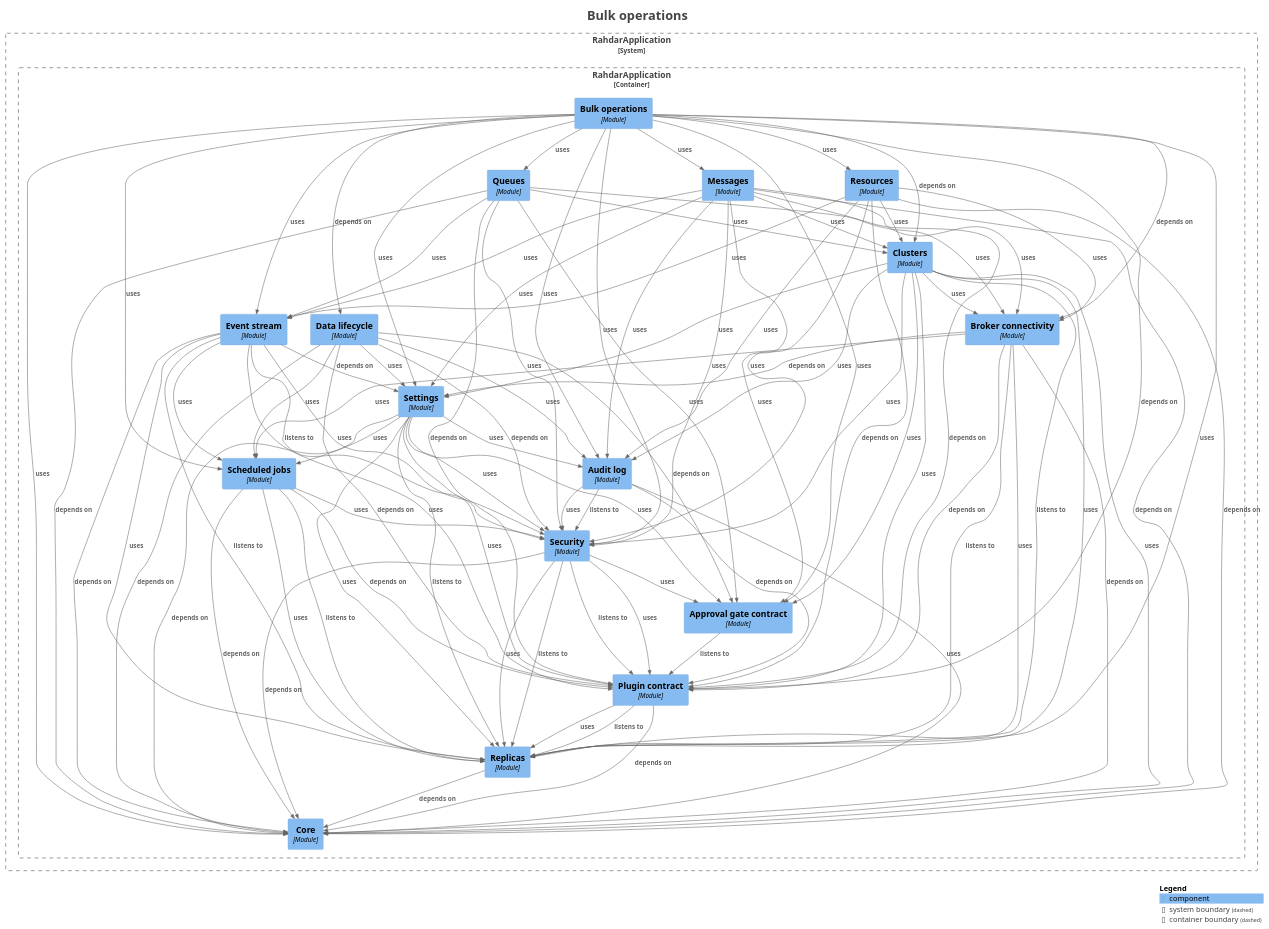
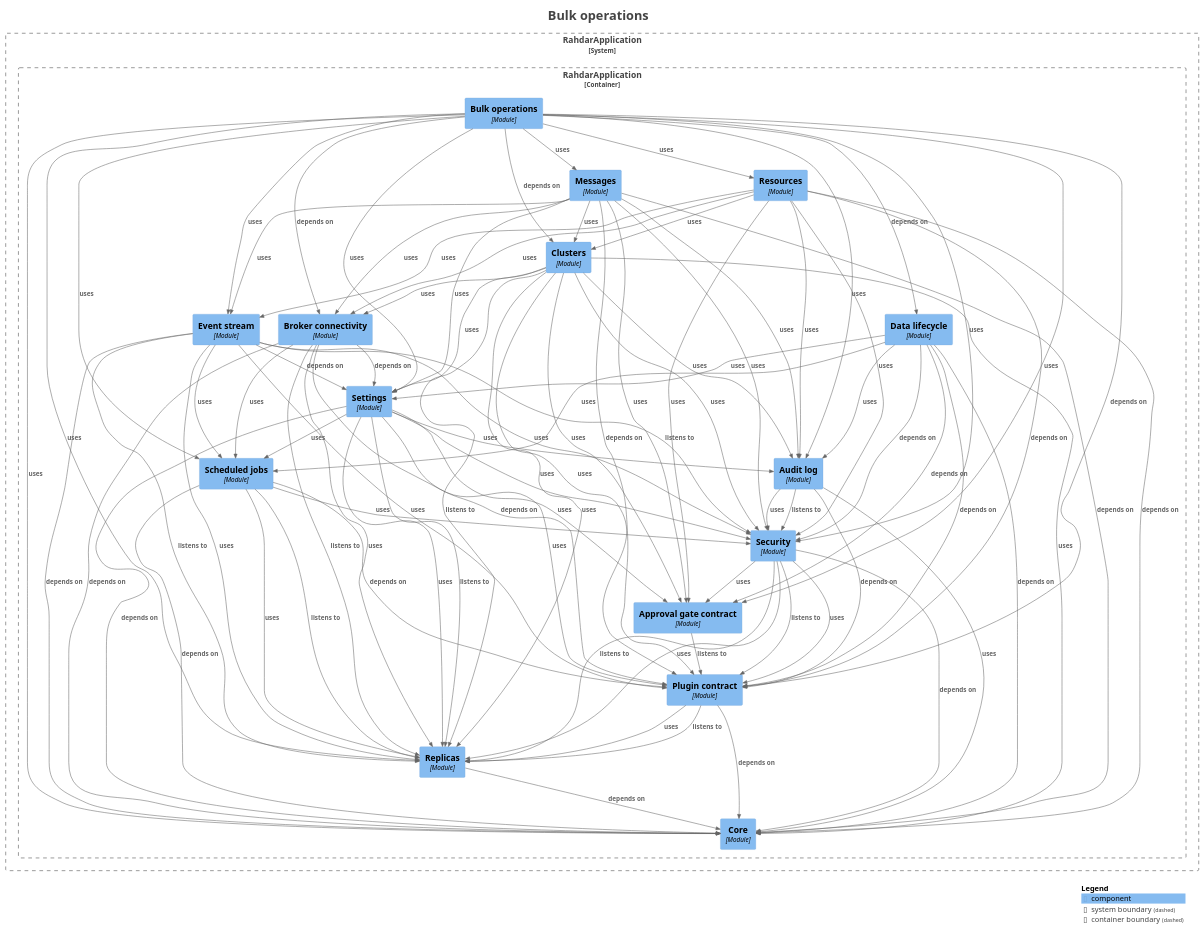
Before and after one commit to sudoitir/rahdar: the diagram in docs/modules/module-feature.bulk.puml, drawn with PlantUML. The commit also changed 130 other files, not shown here.

```diff
--- a/docs/modules/module-feature.bulk.puml
+++ b/docs/modules/module-feature.bulk.puml
@@ -27,7 +27,6 @@
     Component(RahdarApplication.RahdarApplication.Eventstream, "Event stream", $techn="Module", $descr="", $tags="", $link="")
     Component(RahdarApplication.RahdarApplication.Messages, "Messages", $techn="Module", $descr="", $tags="", $link="")
     Component(RahdarApplication.RahdarApplication.Plugincontract, "Plugin contract", $techn="Module", $descr="", $tags="", $link="")
-    Component(RahdarApplication.RahdarApplication.Queues, "Queues", $techn="Module", $descr="", $tags="", $link="")
     Component(RahdarApplication.RahdarApplication.Replicas, "Replicas", $techn="Module", $descr="", $tags="", $link="")
     Component(RahdarApplication.RahdarApplication.Resources, "Resources", $techn="Module", $descr="", $tags="", $link="")
     Component(RahdarApplication.RahdarApplication.Scheduledjobs, "Scheduled jobs", $techn="Module", $descr="", $tags="", $link="")
@@ -57,7 +56,6 @@
 Rel(RahdarApplication.RahdarApplication.Bulkoperations, RahdarApplication.RahdarApplication.Eventstream, "uses", $techn="", $tags="", $link="")
 Rel(RahdarApplication.RahdarApplication.Bulkoperations, RahdarApplication.RahdarApplication.Messages, "uses", $techn="", $tags="", $link="")
 Rel(RahdarApplication.RahdarApplication.Bulkoperations, RahdarApplication.RahdarApplication.Plugincontract, "depends on", $techn="", $tags="", $link="")
-Rel(RahdarApplication.RahdarApplication.Bulkoperations, RahdarApplication.RahdarApplication.Queues, "uses", $techn="", $tags="", $link="")
 Rel(RahdarApplication.RahdarApplication.Bulkoperations, RahdarApplication.RahdarApplication.Replicas, "uses", $techn="", $tags="", $link="")
 Rel(RahdarApplication.RahdarApplication.Bulkoperations, RahdarApplication.RahdarApplication.Resources, "uses", $techn="", $tags="", $link="")
 Rel(RahdarApplication.RahdarApplication.Bulkoperations, RahdarApplication.RahdarApplication.Scheduledjobs, "uses", $techn="", $tags="", $link="")
@@ -99,14 +97,8 @@
 Rel(RahdarApplication.RahdarApplication.Plugincontract, RahdarApplication.RahdarApplication.Core, "depends on", $techn="", $tags="", $link="")
 Rel(RahdarApplication.RahdarApplication.Plugincontract, RahdarApplication.RahdarApplication.Replicas, "listens to", $techn="", $tags="", $link="")
 Rel(RahdarApplication.RahdarApplication.Plugincontract, RahdarApplication.RahdarApplication.Replicas, "uses", $techn="", $tags="", $link="")
-Rel(RahdarApplication.RahdarApplication.Queues, RahdarApplication.RahdarApplication.Approvalgatecontract, "uses", $techn="", $tags="", $link="")
-Rel(RahdarApplication.RahdarApplication.Queues, RahdarApplication.RahdarApplication.Brokerconnectivity, "uses", $techn="", $tags="", $link="")
-Rel(RahdarApplication.RahdarApplication.Queues, RahdarApplication.RahdarApplication.Clusters, "uses", $techn="", $tags="", $link="")
-Rel(RahdarApplication.RahdarApplication.Queues, RahdarApplication.RahdarApplication.Core, "depends on", $techn="", $tags="", $link="")
-Rel(RahdarApplication.RahdarApplication.Queues, RahdarApplication.RahdarApplication.Eventstream, "uses", $techn="", $tags="", $link="")
-Rel(RahdarApplication.RahdarApplication.Queues, RahdarApplication.RahdarApplication.Plugincontract, "depends on", $techn="", $tags="", $link="")
-Rel(RahdarApplication.RahdarApplication.Queues, RahdarApplication.RahdarApplication.Security, "uses", $techn="", $tags="", $link="")
 Rel(RahdarApplication.RahdarApplication.Replicas, RahdarApplication.RahdarApplication.Core, "depends on", $techn="", $tags="", $link="")
+Rel(RahdarApplication.RahdarApplication.Resources, RahdarApplication.RahdarApplication.Approvalgatecontract, "uses", $techn="", $tags="", $link="")
 Rel(RahdarApplication.RahdarApplication.Resources, RahdarApplication.RahdarApplication.Auditlog, "uses", $techn="", $tags="", $link="")
 Rel(RahdarApplication.RahdarApplication.Resources, RahdarApplication.RahdarApplication.Brokerconnectivity, "uses", $techn="", $tags="", $link="")
 Rel(RahdarApplication.RahdarApplication.Resources, RahdarApplication.RahdarApplication.Clusters, "uses", $techn="", $tags="", $link="")
```
